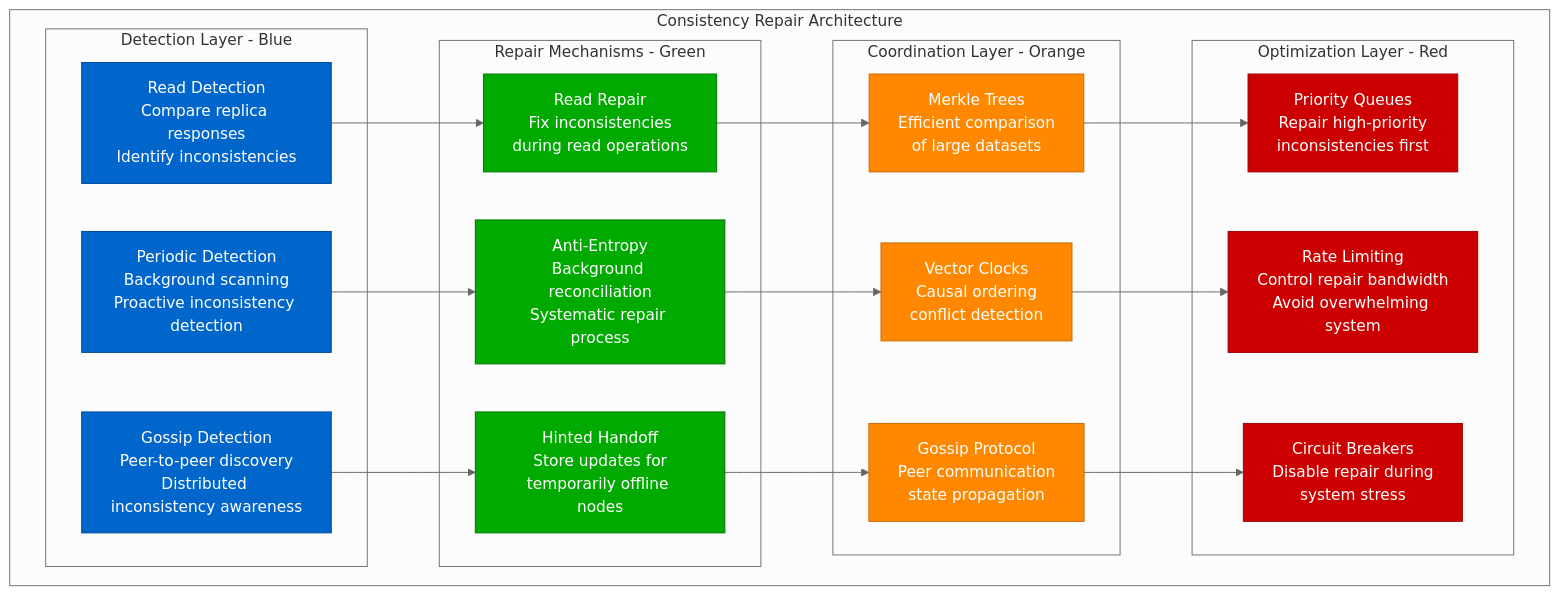
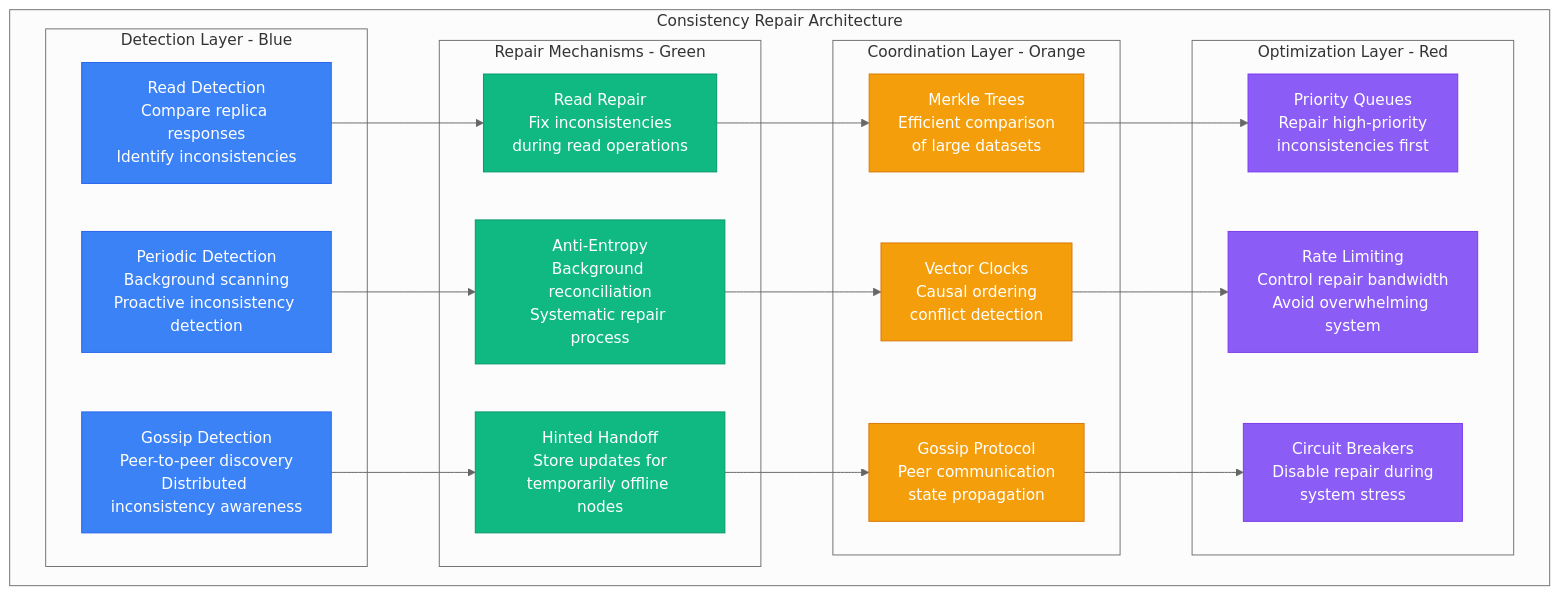
Before and after one commit to deepaucksharma/DS: the first of 9 diagrams in site/docs/guarantees/eventual-consistency/eventual-consistency-patterns.md, drawn with Mermaid (neutral theme). The commit also changed other lines of this file and 303 other files, not shown here.

````diff
--- a/site/docs/guarantees/eventual-consistency/eventual-consistency-patterns.md
+++ b/site/docs/guarantees/eventual-consistency/eventual-consistency-patterns.md
@@ -9,52 +9,52 @@
 ```mermaid
 graph TB
     subgraph ConsistencyRepairArchitecture[Consistency Repair Architecture]
         subgraph DetectionLayer[Detection Layer - Blue]
             RD[Read Detection<br/>Compare replica responses<br/>Identify inconsistencies]
             PD[Periodic Detection<br/>Background scanning<br/>Proactive inconsistency detection]
             GD[Gossip Detection<br/>Peer-to-peer discovery<br/>Distributed inconsistency awareness]
         end
 
         subgraph RepairMechanisms[Repair Mechanisms - Green]
             RR[Read Repair<br/>Fix inconsistencies<br/>during read operations]
             AE[Anti-Entropy<br/>Background reconciliation<br/>Systematic repair process]
             HH[Hinted Handoff<br/>Store updates for<br/>temporarily offline nodes]
         end
 
         subgraph CoordinationLayer[Coordination Layer - Orange]
             MT[Merkle Trees<br/>Efficient comparison<br/>of large datasets]
             VC[Vector Clocks<br/>Causal ordering<br/>conflict detection]
             GP[Gossip Protocol<br/>Peer communication<br/>state propagation]
         end
 
         subgraph OptimizationLayer[Optimization Layer - Red]
             PQ[Priority Queues<br/>Repair high-priority<br/>inconsistencies first]
             RLim[Rate Limiting<br/>Control repair bandwidth<br/>Avoid overwhelming system]
             CB[Circuit Breakers<br/>Disable repair during<br/>system stress]
         end
     end
 
     %% Flow connections
     RD --> RR
     PD --> AE
     GD --> HH
 
     RR --> MT
     AE --> VC
     HH --> GP
 
     MT --> PQ
     VC --> RLim
     GP --> CB
 
     %% Apply 4-plane colors
-    classDef detectionStyle fill:#0066CC,stroke:#004499,color:#fff
-    classDef repairStyle fill:#00AA00,stroke:#007700,color:#fff
-    classDef coordinationStyle fill:#FF8800,stroke:#CC6600,color:#fff
-    classDef optimizationStyle fill:#CC0000,stroke:#990000,color:#fff
+    classDef detectionStyle fill:#3B82F6,stroke:#2563EB,color:#fff
+    classDef repairStyle fill:#10B981,stroke:#059669,color:#fff
+    classDef coordinationStyle fill:#F59E0B,stroke:#D97706,color:#fff
+    classDef optimizationStyle fill:#8B5CF6,stroke:#7C3AED,color:#fff
 
     class RD,PD,GD detectionStyle
     class RR,AE,HH repairStyle
     class MT,VC,GP coordinationStyle
     class PQ,RLim,CB optimizationStyle
 ```
````
